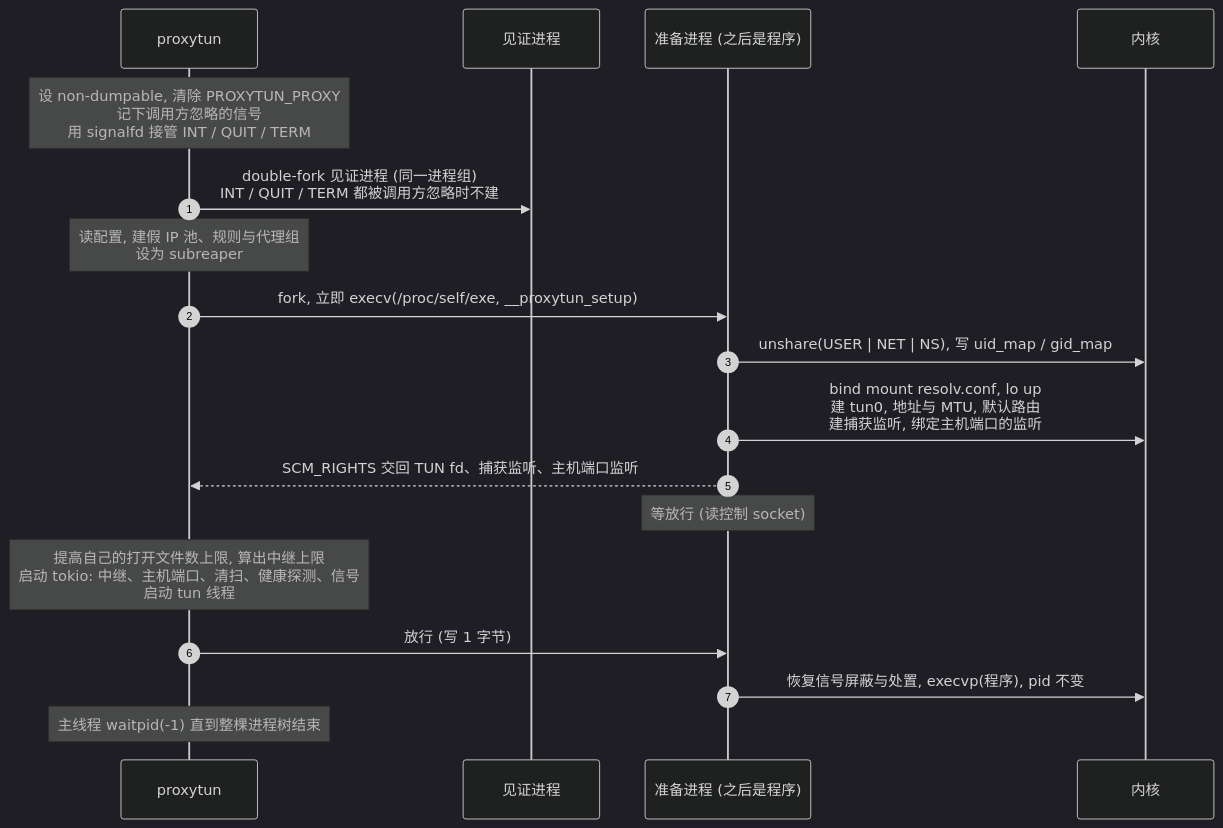
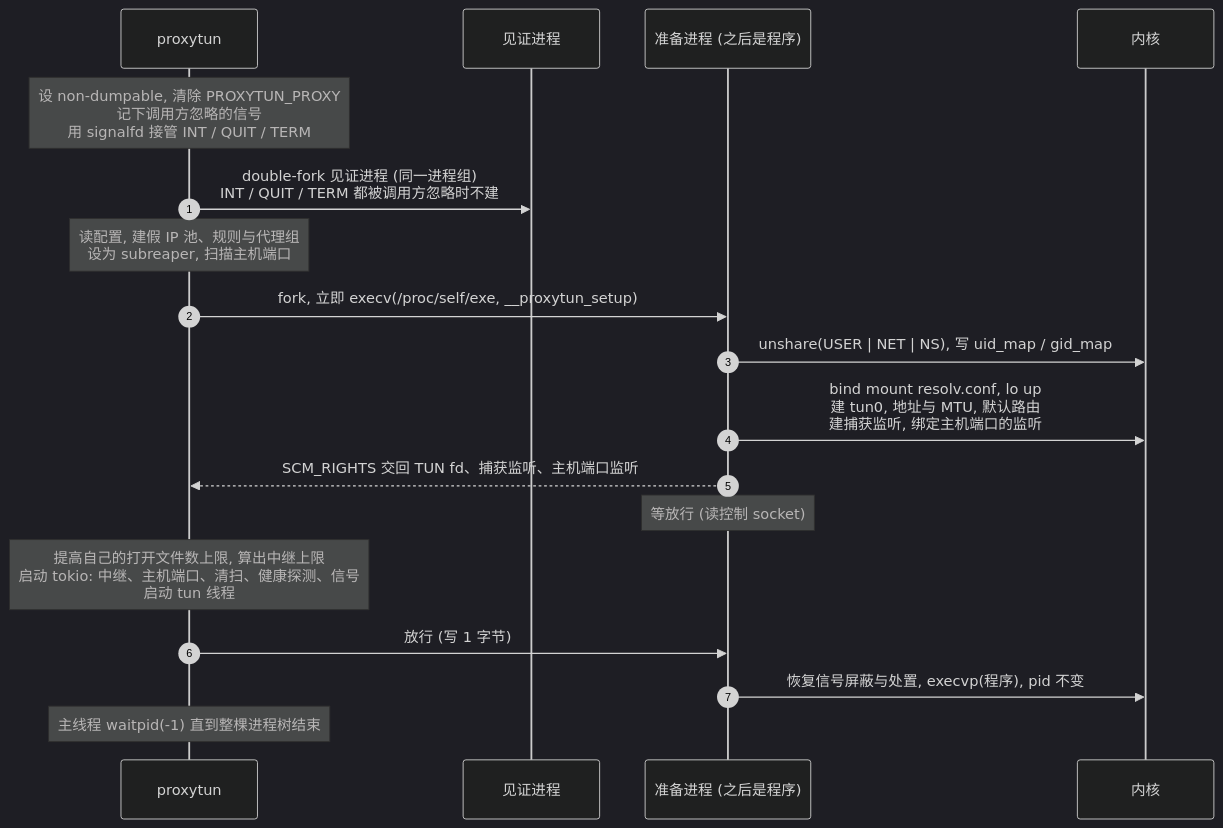
One commit to moonshawdo/proxytun changed the second of 3 diagrams in docs/architecture/flow.md. Above: the diagram before and after it, drawn with Mermaid (dark theme). The commit also changed other lines of this file and 14 other files, not shown here.

````diff
--- a/docs/architecture/flow.md
+++ b/docs/architecture/flow.md
@@ -60,21 +60,21 @@
 ```mermaid
 sequenceDiagram
     autonumber
     participant PT as proxytun
     participant W as 见证进程
     participant S as 准备进程 (之后是程序)
     participant K as 内核
 
     Note over PT: 设 non-dumpable, 清除 PROXYTUN_PROXY<br/>记下调用方忽略的信号<br/>用 signalfd 接管 INT / QUIT / TERM
     PT->>W: double-fork 见证进程 (同一进程组)<br/>INT / QUIT / TERM 都被调用方忽略时不建
-    Note over PT: 读配置, 建假 IP 池、规则与代理组<br/>设为 subreaper
+    Note over PT: 读配置, 建假 IP 池、规则与代理组<br/>设为 subreaper, 扫描主机端口
     PT->>S: fork, 立即 execv(/proc/self/exe, __proxytun_setup)
     S->>K: unshare(USER | NET | NS), 写 uid_map / gid_map
     S->>K: bind mount resolv.conf, lo up<br/>建 tun0, 地址与 MTU, 默认路由<br/>建捕获监听, 绑定主机端口的监听
     S-->>PT: SCM_RIGHTS 交回 TUN fd、捕获监听、主机端口监听
     Note over S: 等放行 (读控制 socket)
     Note over PT: 提高自己的打开文件数上限, 算出中继上限<br/>启动 tokio: 中继、主机端口、清扫、健康探测、信号<br/>启动 tun 线程
     PT->>S: 放行 (写 1 字节)
     S->>K: 恢复信号屏蔽与处置, execvp(程序), pid 不变
     Note over PT: 主线程 waitpid(-1) 直到整棵进程树结束
 ```
````
